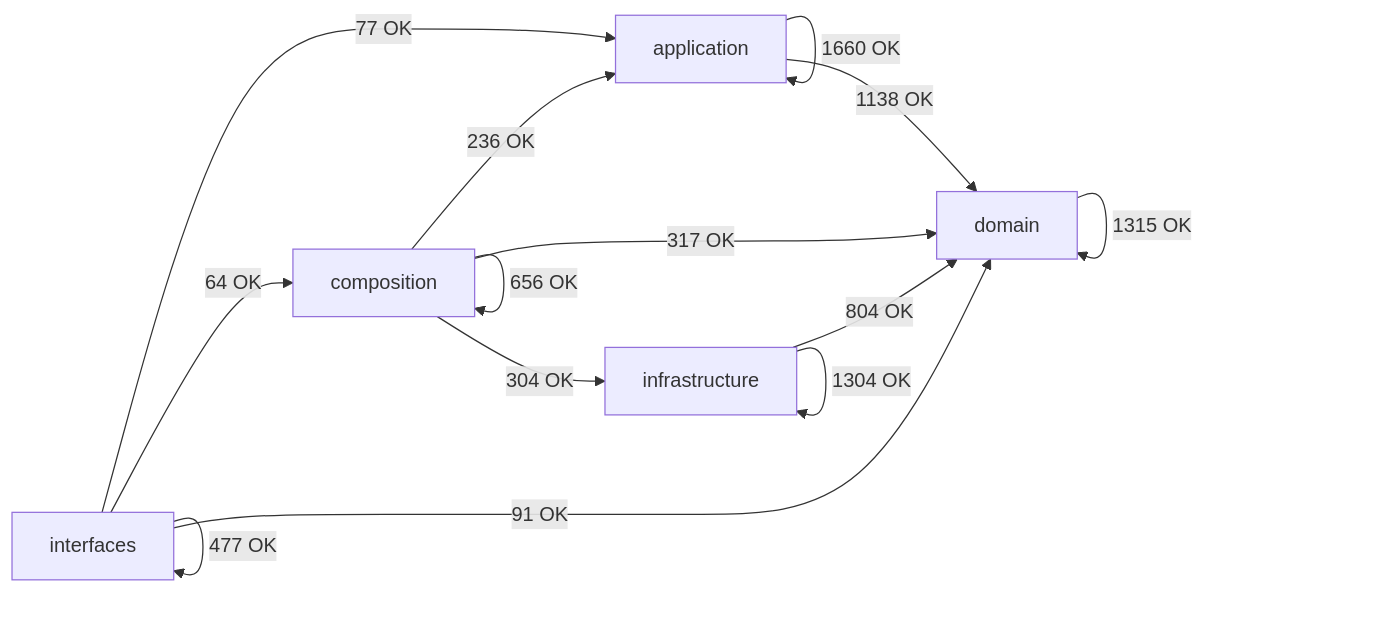
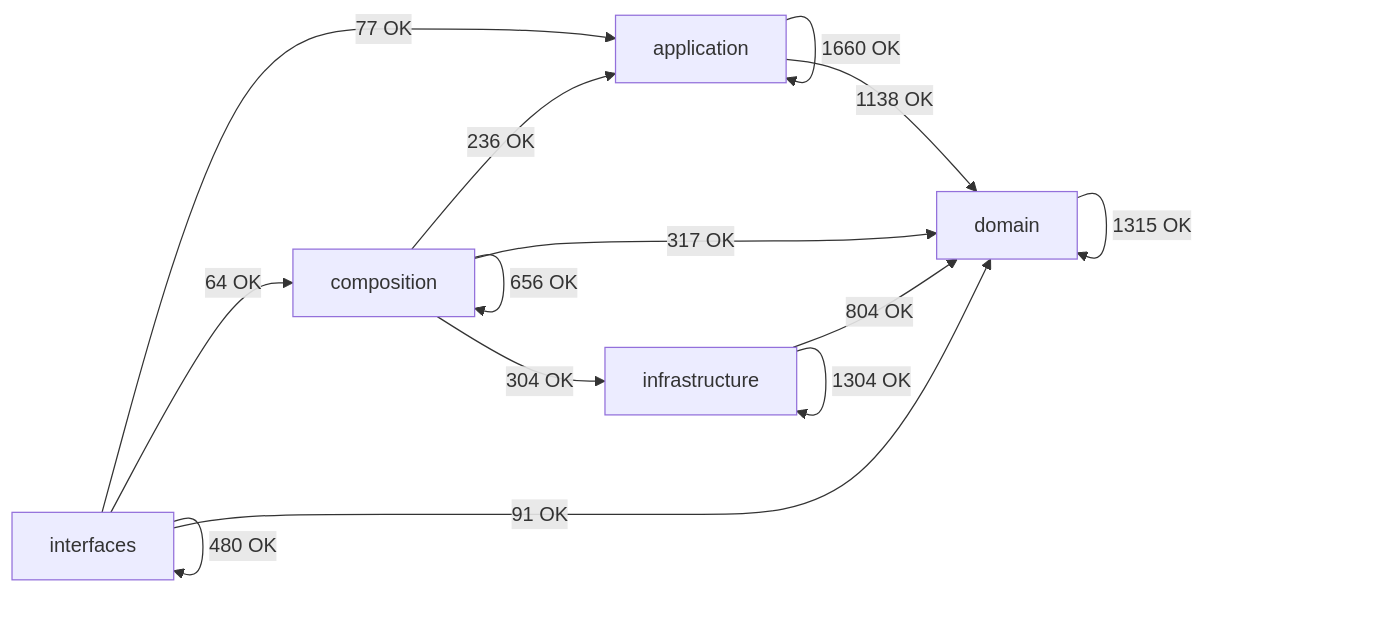
Before and after one commit to SatoryKono/BioactivityDataAcquisition: the diagram in docs/02-architecture/generated/module-dependency-map.md, drawn with Mermaid. The commit also changed other lines of this file and 9 other files, not shown here.

````diff
--- a/docs/02-architecture/generated/module-dependency-map.md
+++ b/docs/02-architecture/generated/module-dependency-map.md
@@ -17,21 +17,21 @@
 ```mermaid
 flowchart LR
     domain[domain]
     application[application]
     infrastructure[infrastructure]
     composition[composition]
     interfaces[interfaces]
     application -->|1660 OK| application
     application -->|1138 OK| domain
     composition -->|236 OK| application
     composition -->|656 OK| composition
     composition -->|317 OK| domain
     composition -->|304 OK| infrastructure
     domain -->|1315 OK| domain
     infrastructure -->|804 OK| domain
     infrastructure -->|1304 OK| infrastructure
     interfaces -->|77 OK| application
     interfaces -->|64 OK| composition
     interfaces -->|91 OK| domain
-    interfaces -->|477 OK| interfaces
+    interfaces -->|480 OK| interfaces
 ```
````
